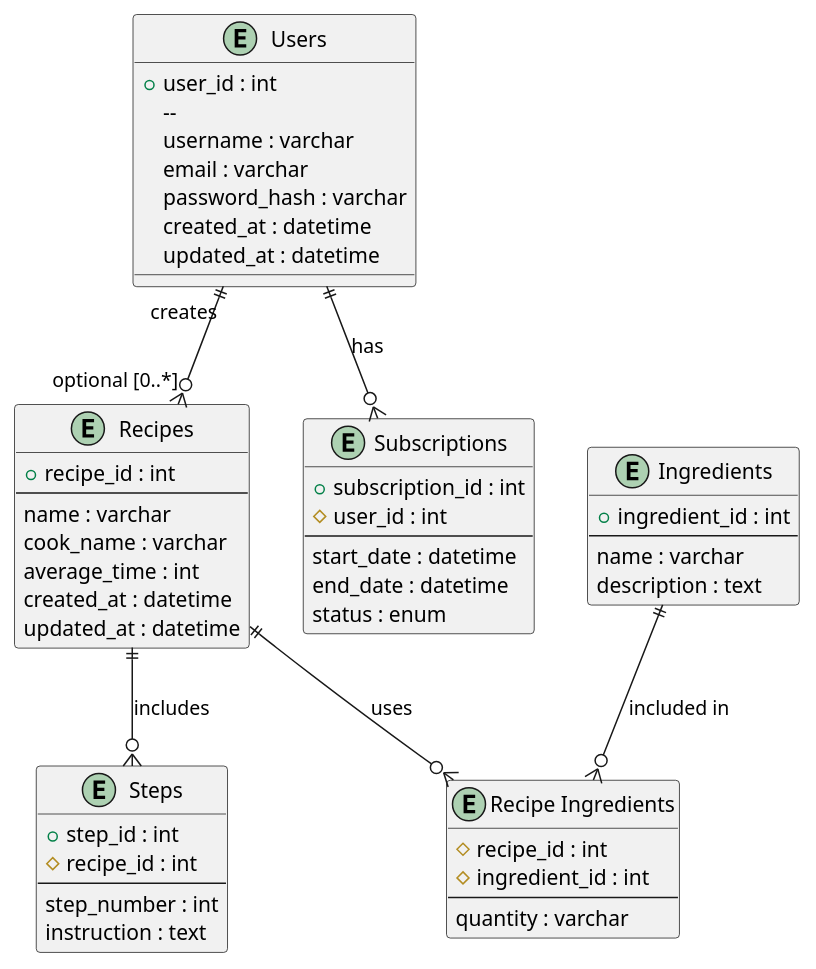
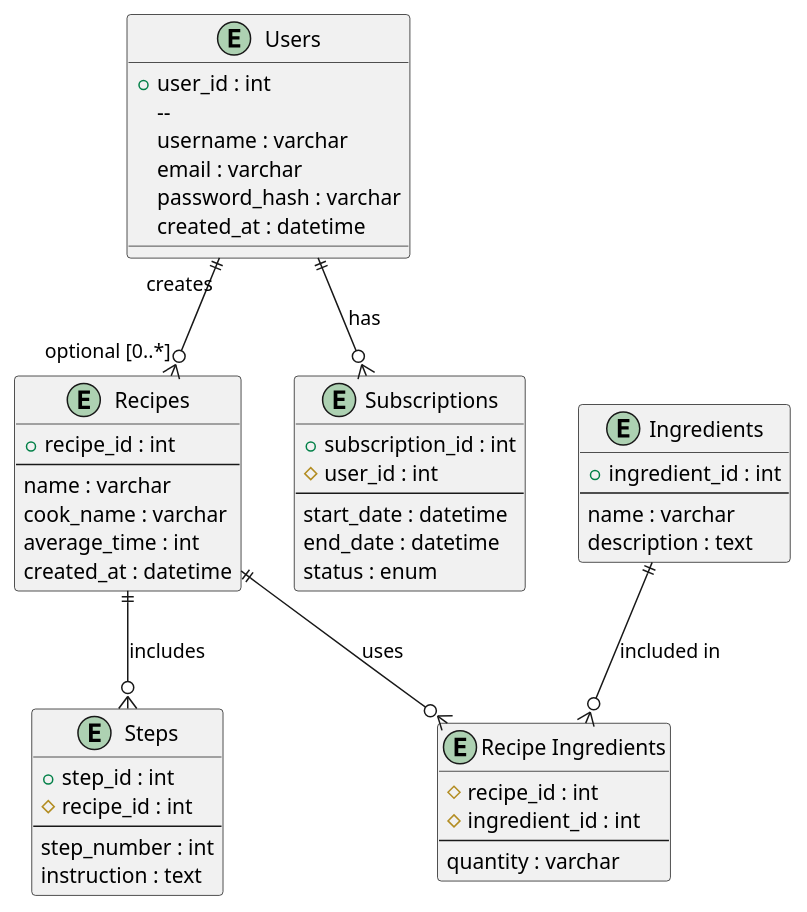
Before and after one commit to Emilkroldrup/MinKostPlan: the diagram in src/main/resources/static/diagrams/ER.plantuml, drawn with PlantUML. The commit also changed 6 other files, not shown here.

```diff
--- a/src/main/resources/static/diagrams/ER.plantuml
+++ b/src/main/resources/static/diagrams/ER.plantuml
@@ -1,62 +1,60 @@
 @startuml
 
 ' Define the entities
 entity "Users" as users {
   + user_id : int
   -- 
   username : varchar
   email : varchar
   password_hash : varchar
   created_at : datetime
-  updated_at : datetime
 }
 
 entity "Recipes" as recipes {
   + recipe_id : int
   --
   name : varchar
   cook_name : varchar
   average_time : int
   created_at : datetime
-  updated_at : datetime
 }
 
 entity "Ingredients" as ingredients {
   + ingredient_id : int
   --
   name : varchar
   description : text
 }
 
 entity "Recipe Ingredients" as recipe_ingredients {
   # recipe_id : int
   # ingredient_id : int
   --
   quantity : varchar
 }
 
 entity "Steps" as steps {
   + step_id : int
   # recipe_id : int
   --
   step_number : int
   instruction : text
 }
 
 entity "Subscriptions" as subscriptions {
   + subscription_id : int
   # user_id : int
   --
   start_date : datetime
   end_date : datetime
   status : enum
 }
 
 ' Define relationships
 users ||--o{ subscriptions : "has"
 recipes ||--o{ steps : "includes"
 recipes ||--o{ recipe_ingredients : "uses"
 ingredients ||--o{ recipe_ingredients : "included in"
 users ||--o{ recipes : "creates" "optional [0..*]"
 
 @enduml
```
